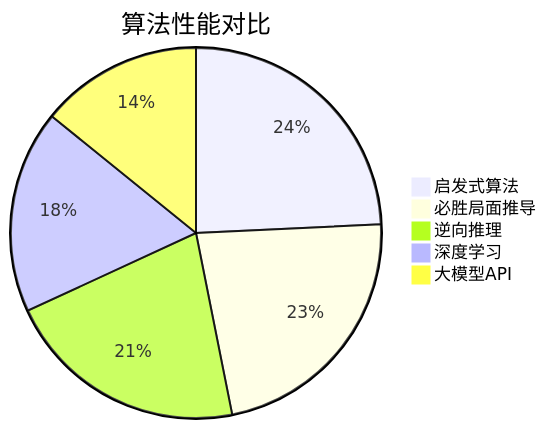
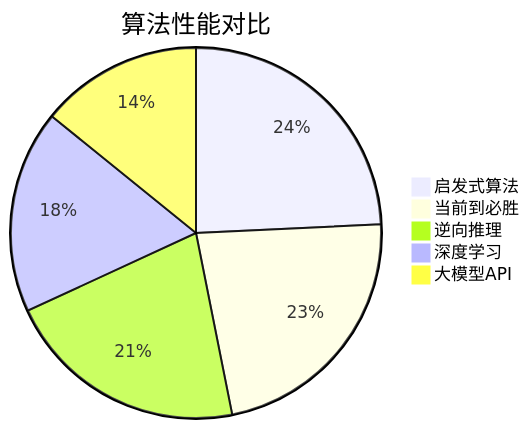
The first of 11 diagrams in 实践报告.md (HandyWote/BestStrategyOfGomoku), drawn with Mermaid before and after one commit.

Commit message:
修改比例

````diff
--- a/实践报告.md
+++ b/实践报告.md
@@ -15,8 +15,8 @@
 ```mermaid
 pie title 算法性能对比
     "启发式算法" : 89
-    "必胜局面推导" : 83
+    "当前到必胜" : 83
     "逆向推理" : 78
     "深度学习" : 65
     "大模型API" : 52
 ```
````
